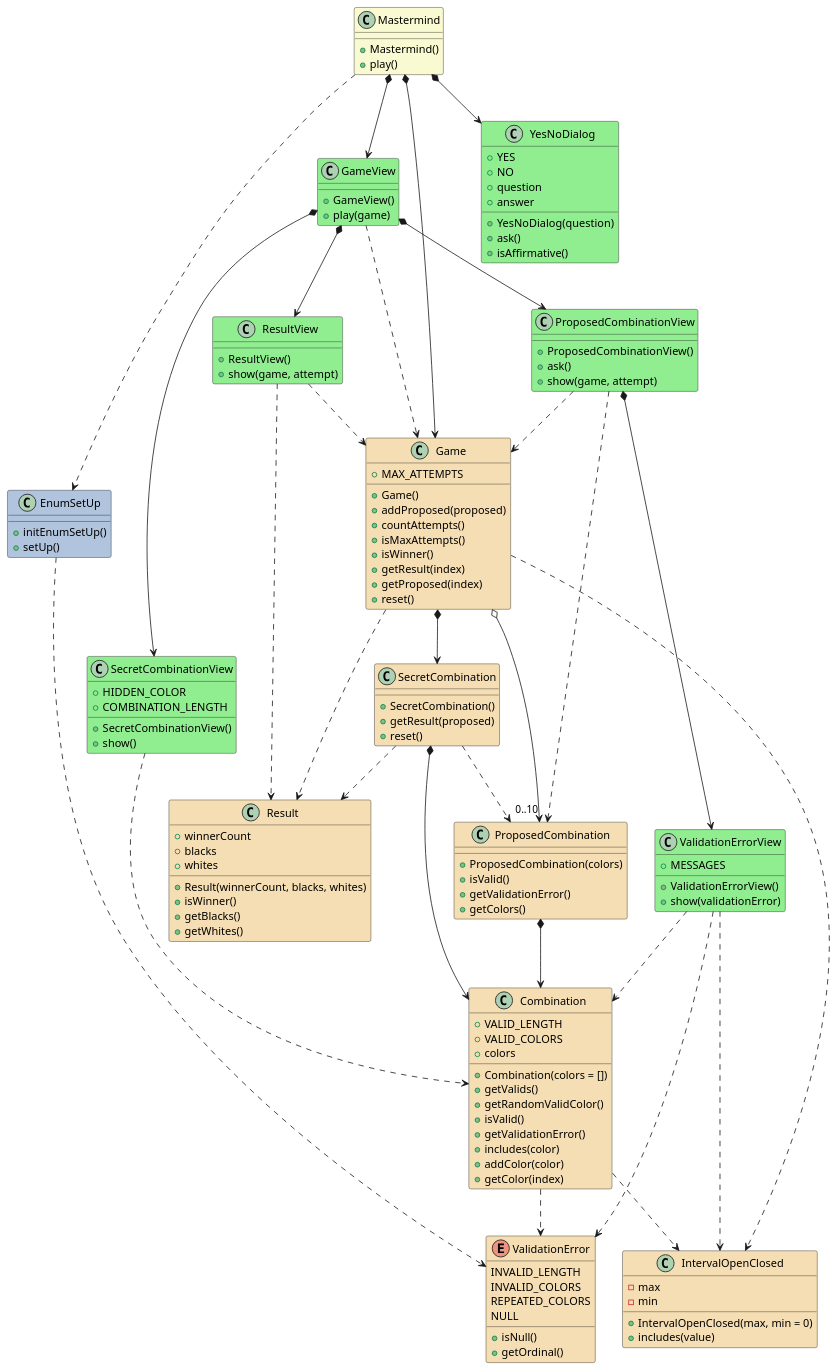
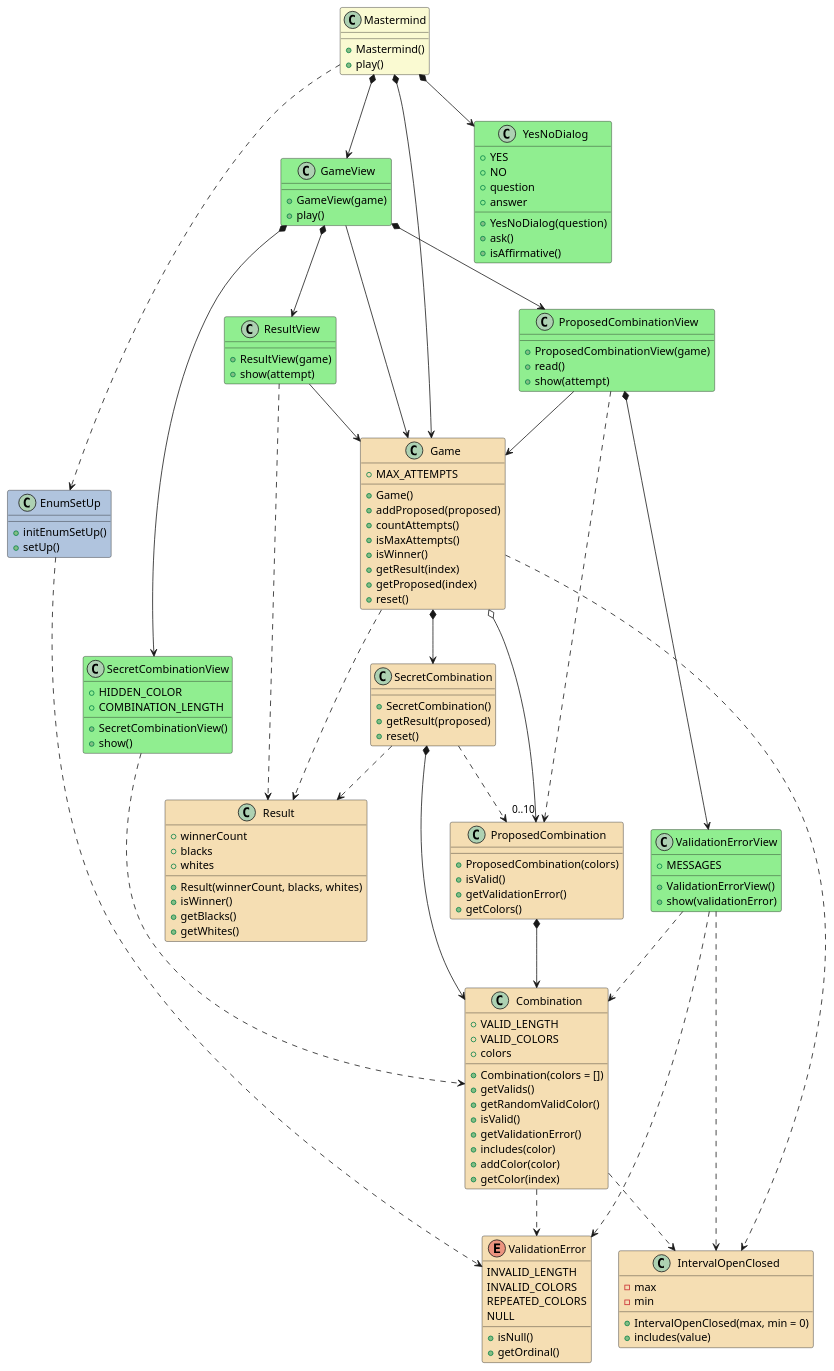
One commit to PabloMartinFluvia/myGame-mastermind changed the diagram in docs/dev-resume/analysis.plantuml. Above: the diagram before and after it, drawn with PlantUML. The commit also changed 3 other files, not shown here.

```diff
--- a/docs/dev-resume/analysis.plantuml
+++ b/docs/dev-resume/analysis.plantuml
@@ -1,164 +1,164 @@
 @startuml analysis
 
 class Mastermind #LightGoldenRodYellow {  
 
     + Mastermind()
     + play()    
 }
 Mastermind *--> GameView
 Mastermind *--> YesNoDialog
 Mastermind *--> Game
 Mastermind ..> EnumSetUp
 
 class GameView #LightGreen {
 
-    + GameView()
-    + play(game)
+    + GameView(game)
+    + play()
 }
 GameView *--> SecretCombinationView
 GameView *--> ProposedCombinationView
 GameView *--> ResultView
-GameView ..> Game
+GameView --> Game
 
 
 class SecretCombinationView #LightGreen {
     + HIDDEN_COLOR
     + COMBINATION_LENGTH
     
     + SecretCombinationView()
     + show()
 }
 SecretCombinationView ..> Combination
 
 class ProposedCombinationView #LightGreen {
     
-    + ProposedCombinationView()
-    + ask()
-    + show(game, attempt)
+    + ProposedCombinationView(game)
+    + read()
+    + show(attempt)
 }
 ProposedCombinationView *--> ValidationErrorView
-ProposedCombinationView ..> Game
+ProposedCombinationView --> Game
 ProposedCombinationView ..> ProposedCombination
 
 class ValidationErrorView #LightGreen {
 
     + MESSAGES
     
     + ValidationErrorView()
     + show(validationError)
 }
 ValidationErrorView ..> ValidationError
 ValidationErrorView ..> Combination
 ValidationErrorView ..> IntervalOpenClosed
 
 class ResultView #LightGreen {
     
-    + ResultView()
-    + show(game, attempt)
+    + ResultView(game)
+    + show(attempt)
 }
-ResultView ..> Game
+ResultView --> Game
 ResultView ..> Result
 
 class Game #Wheat{
     + MAX_ATTEMPTS
 
     + Game()
     + addProposed(proposed)
     + countAttempts()  
     + isMaxAttempts()  
     + isWinner()      
     + getResult(index)
     + getProposed(index)        
     + reset()    
 }
 Game *--> SecretCombination
 Game o--> "0..10" ProposedCombination
 Game .down.> Result
 Game ..> IntervalOpenClosed
 
 class SecretCombination #Wheat{
     
     + SecretCombination()    
     + getResult(proposed)      
     + reset()
 
 }
 SecretCombination *-down-> Combination
 SecretCombination .down.> ProposedCombination
 SecretCombination .down.> Result
 
 class Result #Wheat{
     + winnerCount
     + blacks
     + whites
 
     + Result(winnerCount, blacks, whites)
     + isWinner()
     + getBlacks()    
     + getWhites()    
 }
 
 class Combination #Wheat{
     + VALID_LENGTH
     + VALID_COLORS    
     + colors
 
     + Combination(colors = [])
     + getValids()
     + getRandomValidColor()
     + isValid()    
     + getValidationError()
     + includes(color)    
     + addColor(color)          
     + getColor(index)
 }
 Combination .down.> ValidationError
 Combination ..> IntervalOpenClosed
 
 enum ValidationError #Wheat{    
     INVALID_LENGTH
     INVALID_COLORS
     REPEATED_COLORS
     NULL
 
     + isNull()
     + getOrdinal()
 }
 
 class ProposedCombination #Wheat{
 
     + ProposedCombination(colors)
     + isValid()         
     + getValidationError()     
     + getColors()   
 }
 ProposedCombination *-down-> Combination 
 
 
 
 class YesNoDialog #LightGreen {
     + YES
     + NO
     + question
     + answer    
 
     + YesNoDialog(question)
     + ask()
     + isAffirmative()
 }
 
 class EnumSetUp #LightSteelBlue {
     + initEnumSetUp()
     + setUp()
 }
 EnumSetUp ..> ValidationError
 
 class IntervalOpenClosed #Wheat{
     - max
     - min
 
     + IntervalOpenClosed(max, min = 0)
     + includes(value)
 }
 
 @enduml
```
